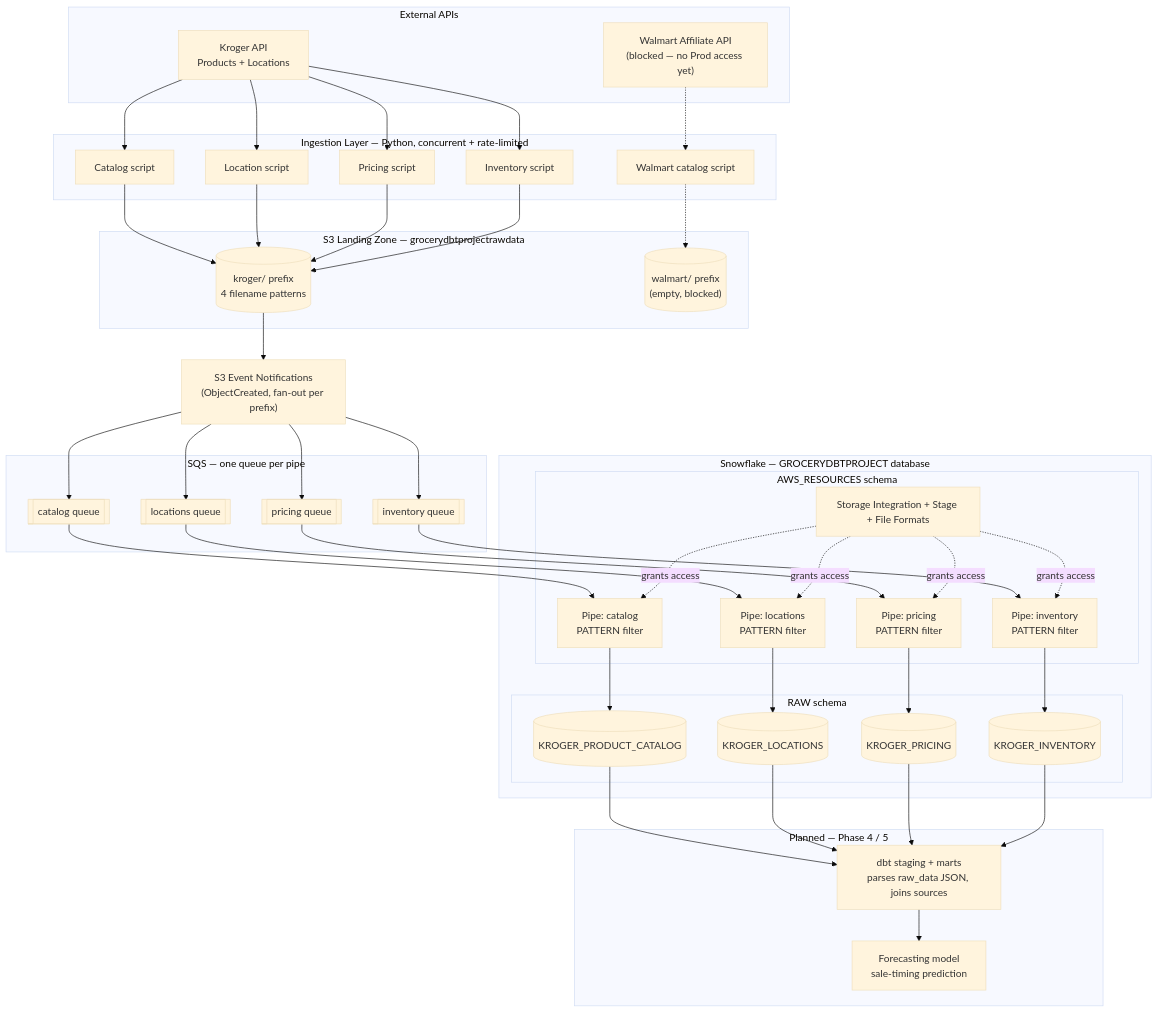
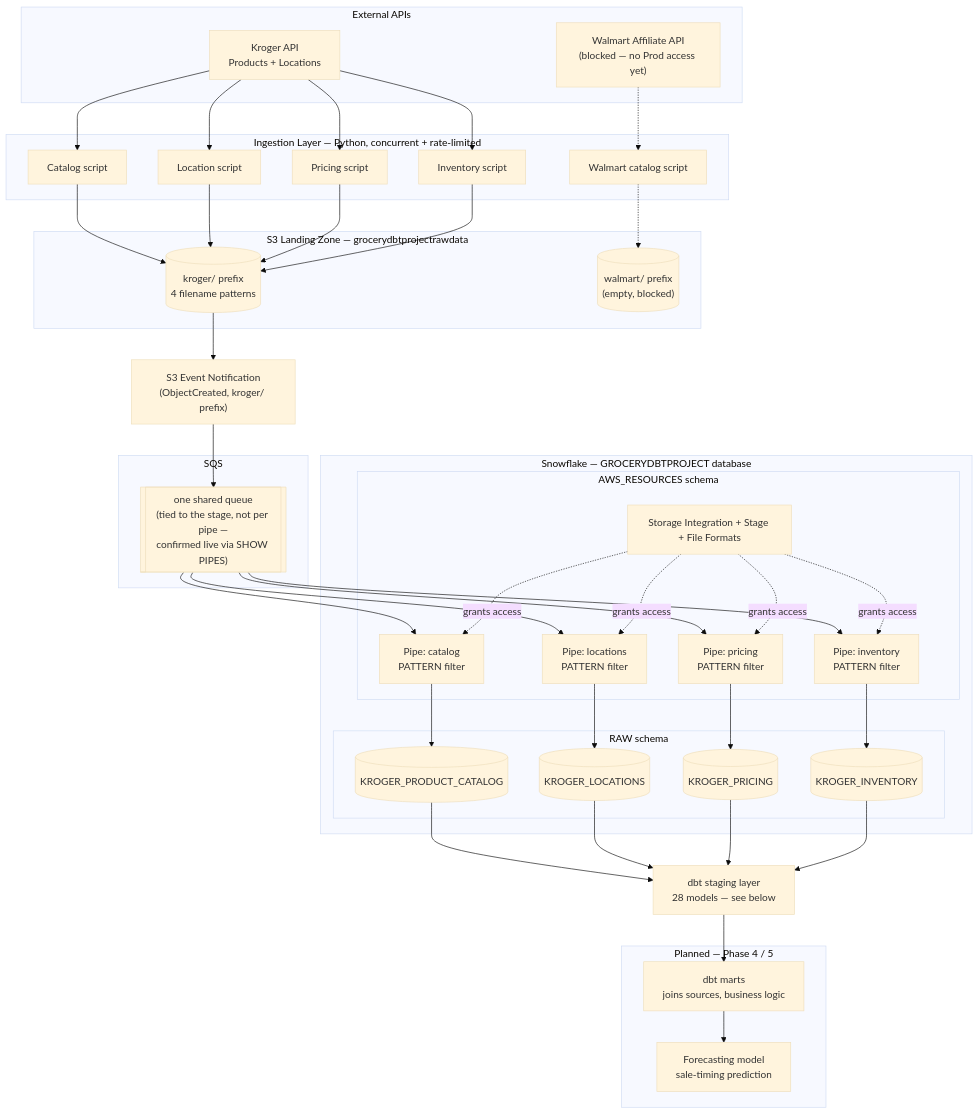
Before and after one commit to jdsmithwes/GroceryPriceProjectDBT: the first of 3 diagrams in Project Architecture.md, drawn with Mermaid (base theme). The commit also changed other lines of this file and 56 other files, not shown here.

First line of the commit message:
Build full Kroger dbt staging layer, document lineage, update instructions

````diff
--- a/Project Architecture.md
+++ b/Project Architecture.md
@@ -7,79 +7,75 @@
 ```mermaid
 flowchart TD
     subgraph EXT["External APIs"]
         KAPI["Kroger API<br/>Products + Locations"]
         WAPI["Walmart Affiliate API<br/>(blocked — no Prod access yet)"]
     end
 
     subgraph ING["Ingestion Layer — Python, concurrent + rate-limited"]
         KCAT["Catalog script"]
         KLOC["Location script"]
         KPRC["Pricing script"]
         KINV["Inventory script"]
         WCAT["Walmart catalog script"]
     end
 
     subgraph S3["S3 Landing Zone — grocerydbtprojectrawdata"]
         S3K[("kroger/ prefix<br/>4 filename patterns")]
         S3W[("walmart/ prefix<br/>(empty, blocked)")]
     end
 
-    EVTNOTE["S3 Event Notifications<br/>(ObjectCreated, fan-out per prefix)"]
+    EVTNOTE["S3 Event Notification<br/>(ObjectCreated, kroger/ prefix)"]
 
-    subgraph QUEUES["SQS — one queue per pipe"]
-        Q1[["catalog queue"]]
-        Q2[["locations queue"]]
-        Q3[["pricing queue"]]
-        Q4[["inventory queue"]]
+    subgraph QUEUES["SQS"]
+        Q1[["one shared queue<br/>(tied to the stage, not per pipe —<br/>confirmed live via SHOW PIPES)"]]
     end
 
     subgraph SF["Snowflake — GROCERYDBTPROJECT database"]
         subgraph AWSRES["AWS_RESOURCES schema"]
             SI["Storage Integration + Stage + File Formats"]
             P1["Pipe: catalog<br/>PATTERN filter"]
             P2["Pipe: locations<br/>PATTERN filter"]
             P3["Pipe: pricing<br/>PATTERN filter"]
             P4["Pipe: inventory<br/>PATTERN filter"]
         end
         subgraph RAWS["RAW schema"]
             T1[("KROGER_PRODUCT_CATALOG")]
             T2[("KROGER_LOCATIONS")]
             T3[("KROGER_PRICING")]
             T4[("KROGER_INVENTORY")]
         end
     end
 
+    DBT["dbt staging layer<br/>28 models — see below"]
+
     subgraph FUTURE["Planned — Phase 4 / 5"]
-        DBT["dbt staging + marts<br/>parses raw_data JSON, joins sources"]
+        MARTS["dbt marts<br/>joins sources, business logic"]
         ML["Forecasting model<br/>sale-timing prediction"]
     end
 
     KAPI --> KCAT & KLOC & KPRC & KINV
     WAPI -.-> WCAT
     KCAT --> S3K
     KLOC --> S3K
     KPRC --> S3K
     KINV --> S3K
     WCAT -.-> S3W
 
     S3K --> EVTNOTE
-    EVTNOTE --> Q1 & Q2 & Q3 & Q4
-    Q1 --> P1
-    Q2 --> P2
-    Q3 --> P3
-    Q4 --> P4
+    EVTNOTE --> Q1
+    Q1 --> P1 & P2 & P3 & P4
     SI -. grants access .-> P1
     SI -. grants access .-> P2
     SI -. grants access .-> P3
     SI -. grants access .-> P4
     P1 --> T1
     P2 --> T2
     P3 --> T3
     P4 --> T4
 
     T1 --> DBT
     T2 --> DBT
     T3 --> DBT
     T4 --> DBT
-    DBT --> ML
+    DBT --> MARTS --> ML
 ```
````
